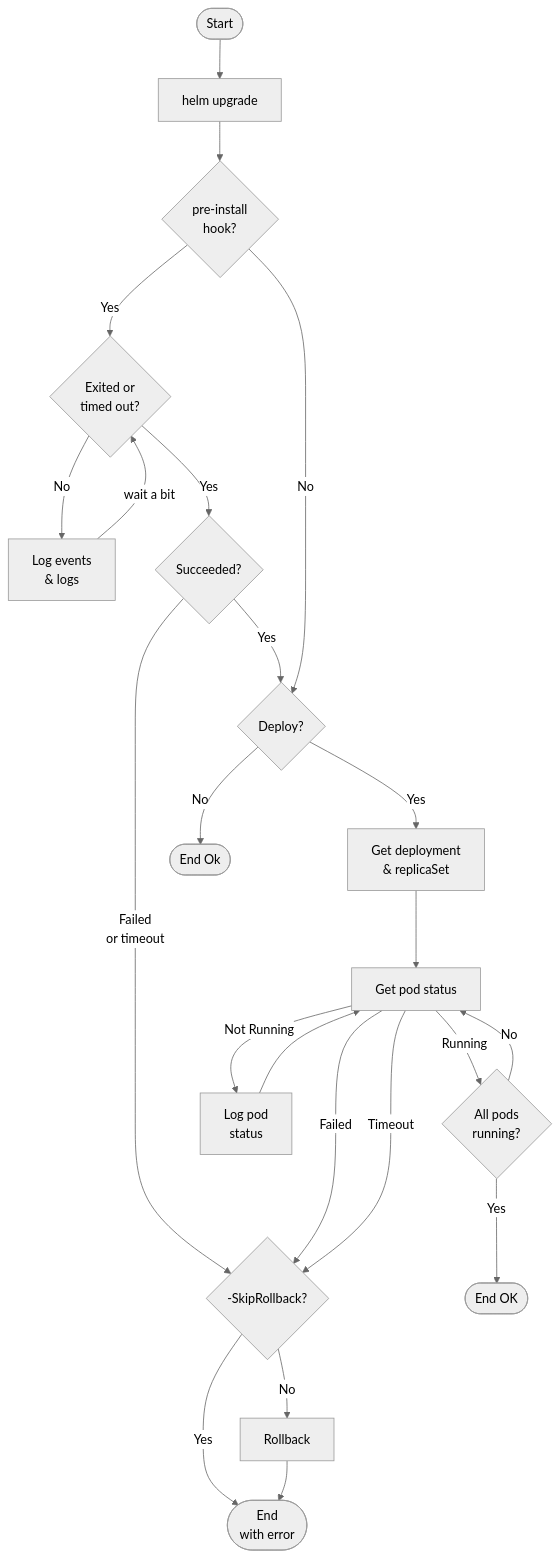
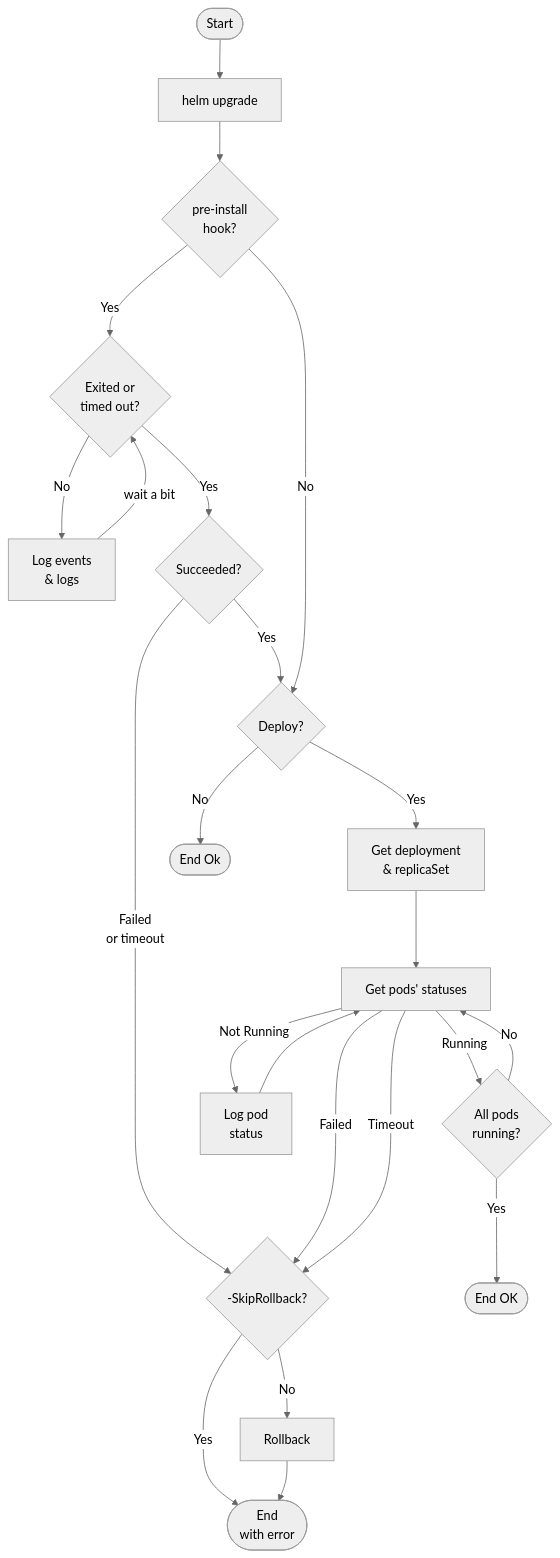
The first of 3 diagrams in README.md (MrSeekatar/K8sUtils), drawn with Mermaid (neutral theme) before and after one commit. The commit also changed other lines of this file and 27 other files, not shown here.

````diff
--- a/README.md
+++ b/README.md
@@ -140,29 +161,29 @@
 ```mermaid
 flowchart TD
     start([Start]) --> upgrade
 
     upgrade[helm upgrade] --> preHook{pre-install<br/>hook?}
     preHook -- Yes --> hookComplete{Exited or<br/>timed out?}
     hookComplete -- No --> checkJob[Log events<br/>& logs]
     hookComplete -- Yes --> jobOk{Succeeded?}
     checkJob -- wait a bit --> hookComplete
 
     jobOk -- Failed<br/>or timeout --> failed
     jobOk -- Yes --> hasDeploy{Deploy?}
     preHook -- No --> hasDeploy{Deploy?}
     hasDeploy -- Yes --> deploy
     hasDeploy -- No --> exit2([End Ok])
     deploy[Get deployment<br/>& replicaSet] --> pod
 
     running -- No --> pod
-    pod[Get pod status] -- Running --> running{All pods<br/>running?}
+    pod[Get pods' statuses] -- Running --> running{All pods<br/>running?}
     pod -- Not Running --> checkPod[Log pod<br/>status]
     checkPod --> pod
 
     pod -- Failed ---> failed
     running -- Yes --> ok([End OK])
     pod -- Timeout ---> failed{-SkipRollback?}
     failed -- No --> rollback[Rollback]
     failed -- Yes --> exit([End<br/>with error])
     rollback --> exit
 ```
````
